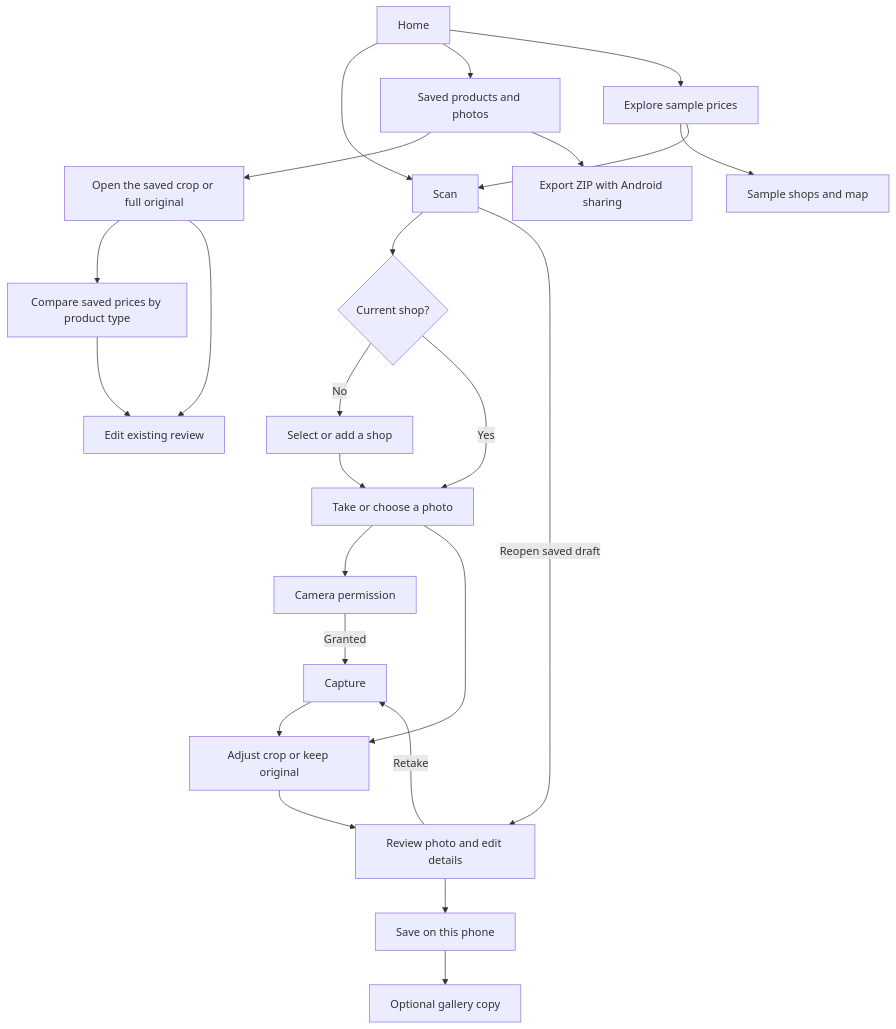
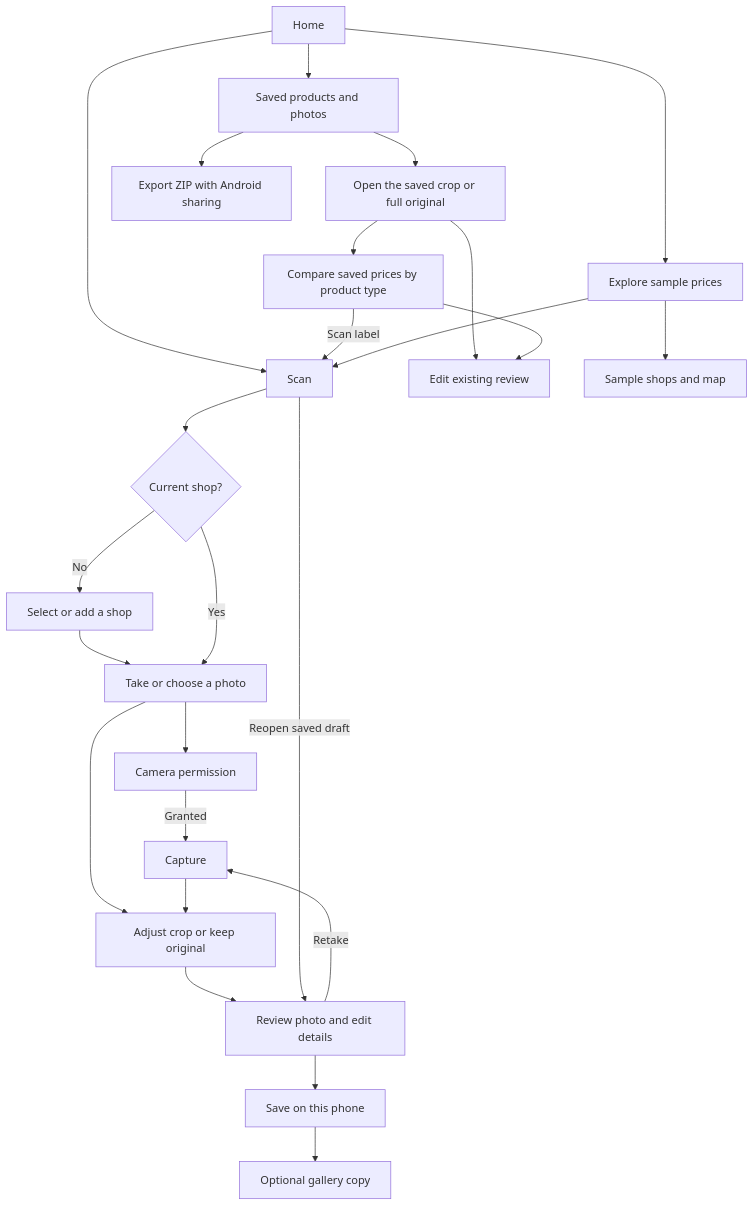
Before and after one commit to Maratatasan/cheapo-app: the diagram in docs/app-map.md, drawn with Mermaid. The commit also changed other lines of this file and 19 other files, not shown here.

````diff
--- a/docs/app-map.md
+++ b/docs/app-map.md
@@ -8,26 +8,27 @@
 ```mermaid
 flowchart TD
     Home --> Scan
     Scan --> CurrentShop{"Current shop?"}
     CurrentShop -->|No| ChooseShop["Select or add a shop"]
     ChooseShop --> Source["Take or choose a photo"]
     CurrentShop -->|Yes| Source
     Source --> Permission["Camera permission"]
     Source --> Crop
     Permission -->|Granted| Capture
     Capture --> Crop["Adjust crop or keep original"]
     Crop --> Review["Review photo and edit details"]
     Review -->|Retake| Capture
     Review --> Save["Save on this phone"]
     Save --> Gallery["Optional gallery copy"]
     Home --> Saved["Saved products and photos"]
     Saved --> SavedPhoto["Open the saved crop or full original"]
     SavedPhoto --> Compare["Compare saved prices by product type"]
     SavedPhoto --> Edit["Edit existing review"]
     Compare --> Edit
+    Compare -->|Scan label| Scan
     Saved --> Export["Export ZIP with Android sharing"]
     Scan -->|Reopen saved draft| Review
     Home --> Results["Explore sample prices"]
     Results --> Shops["Sample shops and map"]
     Results --> Scan
 ```
````
